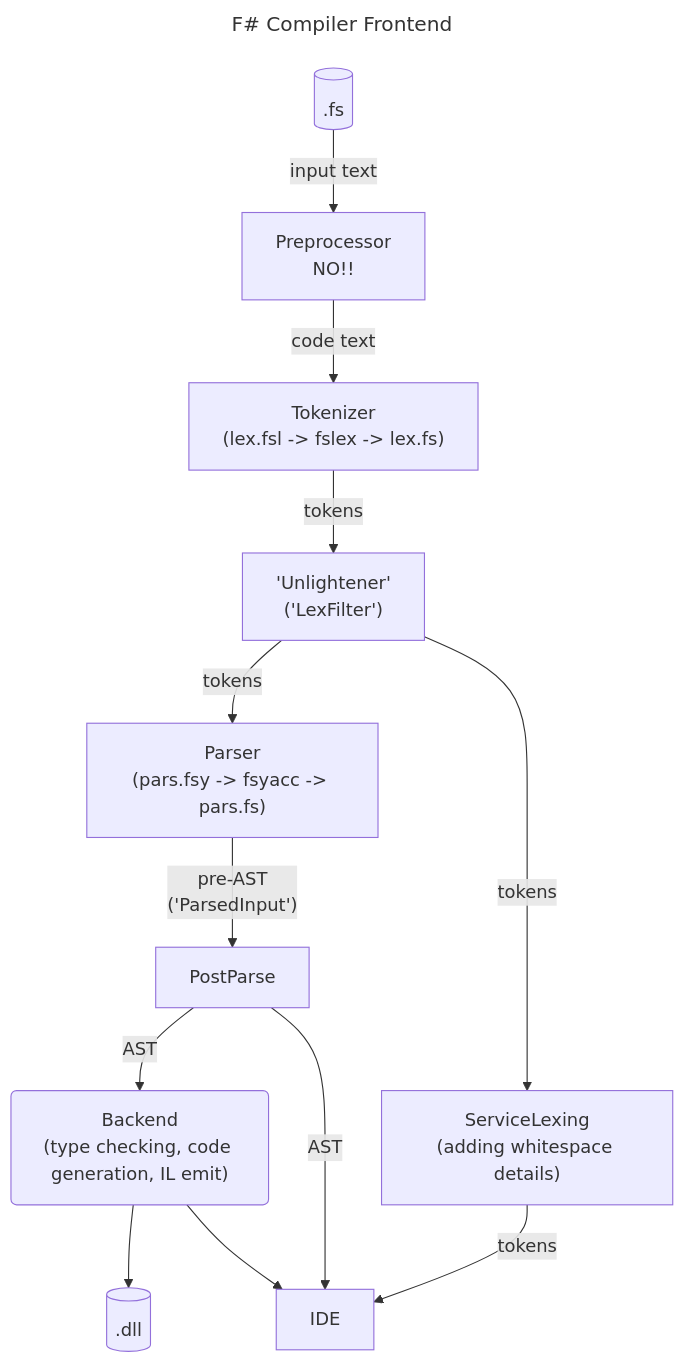
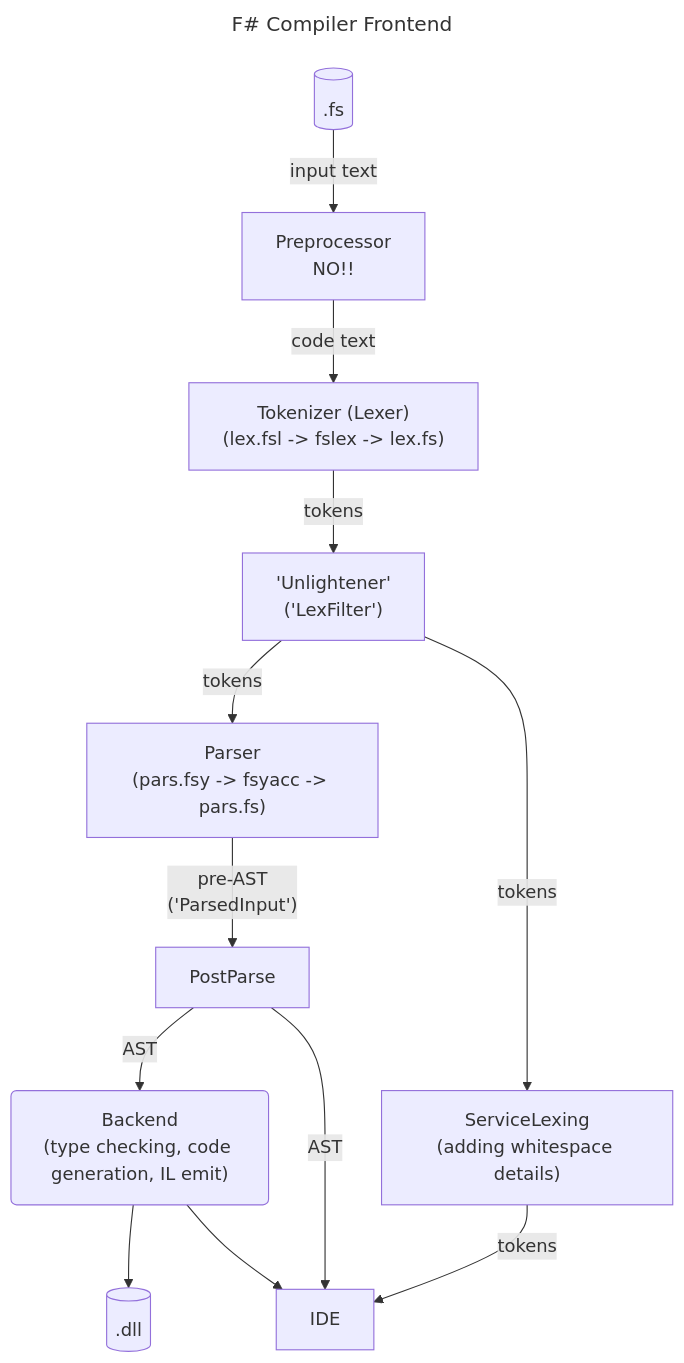
One commit to Martin521/Review18049 changed the diagram in CompilerFlowChart.md. Above: the diagram before and after it, drawn with Mermaid. The commit also changed 1 other file, not shown here.

Commit message:
small updates

````diff
--- a/CompilerFlowChart.md
+++ b/CompilerFlowChart.md
@@ -1,32 +1,32 @@
 ```mermaid
 ---
 title: F# Compiler Frontend
 ---
 graph TB
   A[(.fs)]
     -- input text --> 
   Pre["`Preprocessor
     NO!!`"]
     -- code text -->
-  T["`Tokenizer
+  T["`Tokenizer (Lexer)
     (lex.fsl -> fslex -> lex.fs)`"]
     -- tokens -->
   U["`'Unlightener'
     ('LexFilter')`"]
     -- tokens -->
   P["`Parser
     (pars.fsy -> fsyacc -> pars.fs)`"]
     -- "`pre-AST
     ('ParsedInput')`" -->
   PostParse -- AST -->
   B("`Backend
     (type checking, code generation, IL emit)`")
     --> E[(.dll)]
   U -- tokens -->
   S["`ServiceLexing
     (adding whitespace details)`"]
     -- tokens -->
   IDE
   B --> IDE
   PostParse -- AST --> IDE
 ```
````
